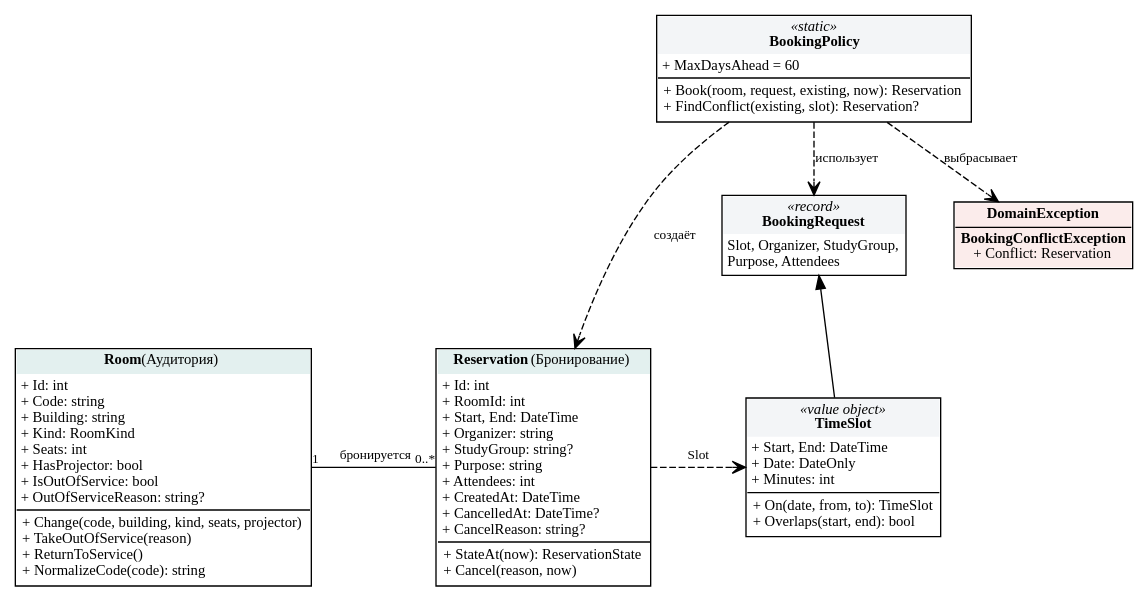
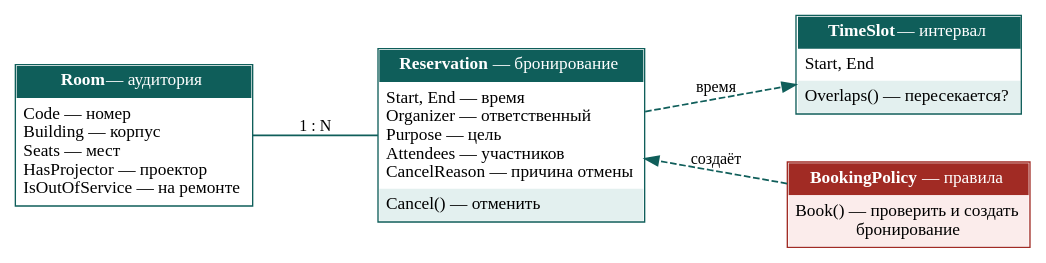
One commit to Black287234/KP-shahin changed the diagram in docs/report/diagrams/classes.dot. Above: the diagram before and after it, drawn with Graphviz. The commit also changed 11 other files, not shown here.

First line of the commit message:
Упрощены схемы, легенда к выделенному правилу, последний слайд — только «Спасибо за внимание»

```diff
--- a/docs/report/diagrams/classes.dot
+++ b/docs/report/diagrams/classes.dot
@@ -1,53 +1,23 @@
 digraph G {
-  graph [rankdir=TB, fontname="Liberation Serif", nodesep=0.5, ranksep=0.6, bgcolor=white];
-  node [shape=plain, fontname="Liberation Serif", fontsize=11];
-  edge [fontname="Liberation Serif", fontsize=10];
-
-  Room [label=<
-  <table border="1" cellborder="0" cellspacing="0" cellpadding="3">
-   <tr><td bgcolor="#e3f0ef"><b>Room</b> (Аудитория)</td></tr>
-   <tr><td align="left" balign="left">+ Id: int<br/>+ Code: string<br/>+ Building: string<br/>+ Kind: RoomKind<br/>+ Seats: int<br/>+ HasProjector: bool<br/>+ IsOutOfService: bool<br/>+ OutOfServiceReason: string?</td></tr>
-   <tr><td align="left" balign="left" border="1" sides="t">+ Change(code, building, kind, seats, projector)<br/>+ TakeOutOfService(reason)<br/>+ ReturnToService()<br/>+ NormalizeCode(code): string</td></tr>
-  </table>>];
-
-  Reservation [label=<
-  <table border="1" cellborder="0" cellspacing="0" cellpadding="3">
-   <tr><td bgcolor="#e3f0ef"><b>Reservation</b> (Бронирование)</td></tr>
-   <tr><td align="left" balign="left">+ Id: int<br/>+ RoomId: int<br/>+ Start, End: DateTime<br/>+ Organizer: string<br/>+ StudyGroup: string?<br/>+ Purpose: string<br/>+ Attendees: int<br/>+ CreatedAt: DateTime<br/>+ CancelledAt: DateTime?<br/>+ CancelReason: string?</td></tr>
-   <tr><td align="left" balign="left" border="1" sides="t">+ StateAt(now): ReservationState<br/>+ Cancel(reason, now)</td></tr>
-  </table>>];
-
-  TimeSlot [label=<
-  <table border="1" cellborder="0" cellspacing="0" cellpadding="3">
-   <tr><td bgcolor="#f3f5f7"><i>«value object»</i><br/><b>TimeSlot</b></td></tr>
-   <tr><td align="left" balign="left">+ Start, End: DateTime<br/>+ Date: DateOnly<br/>+ Minutes: int</td></tr>
-   <tr><td align="left" balign="left" border="1" sides="t">+ On(date, from, to): TimeSlot<br/>+ Overlaps(start, end): bool</td></tr>
-  </table>>];
-
-  Policy [label=<
-  <table border="1" cellborder="0" cellspacing="0" cellpadding="3">
-   <tr><td bgcolor="#f3f5f7"><i>«static»</i><br/><b>BookingPolicy</b></td></tr>
-   <tr><td align="left" balign="left">+ MaxDaysAhead = 60</td></tr>
-   <tr><td align="left" balign="left" border="1" sides="t">+ Book(room, request, existing, now): Reservation<br/>+ FindConflict(existing, slot): Reservation?</td></tr>
-  </table>>];
-
-  Request [label=<
-  <table border="1" cellborder="0" cellspacing="0" cellpadding="3">
-   <tr><td bgcolor="#f3f5f7"><i>«record»</i><br/><b>BookingRequest</b></td></tr>
-   <tr><td align="left" balign="left">Slot, Organizer, StudyGroup,<br/>Purpose, Attendees</td></tr>
-  </table>>];
-
-  Exc [label=<
-  <table border="1" cellborder="0" cellspacing="0" cellpadding="3">
-   <tr><td bgcolor="#fbeceb"><b>DomainException</b></td></tr>
-   <tr><td bgcolor="#fbeceb" border="1" sides="t"><b>BookingConflictException</b><br/>+ Conflict: Reservation</td></tr>
-  </table>>];
-
-  Room -> Reservation [arrowhead=none, taillabel="1", headlabel="0..*", label="  бронируется"];
-  Reservation -> TimeSlot [style=dashed, arrowhead=vee, label=" Slot"];
-  Policy -> Reservation [style=dashed, arrowhead=vee, label=" создаёт"];
-  Policy -> Request [style=dashed, arrowhead=vee, label=" использует"];
-  Request -> TimeSlot [arrowhead=diamond, dir=back, label=" "];
-  Policy -> Exc [style=dashed, arrowhead=vee, label=" выбрасывает"];
-  {rank=same; Room; Reservation; TimeSlot}
+  graph [rankdir=LR, fontname="Liberation Serif", bgcolor=white, nodesep=0.5, ranksep=0.9];
+  node [shape=plain, fontname="Liberation Serif", fontsize=13];
+  edge [fontname="Liberation Serif", fontsize=12, color="#0f5e5a", penwidth=1.3];
+  Room [label=<<table border="1" cellborder="0" cellspacing="0" cellpadding="5" color="#0f5e5a">
+   <tr><td bgcolor="#0f5e5a"><font color="white"><b>Room</b> — аудитория</font></td></tr>
+   <tr><td align="left" balign="left">Code — номер<br/>Building — корпус<br/>Seats — мест<br/>HasProjector — проектор<br/>IsOutOfService — на ремонте</td></tr></table>>];
+  Res [label=<<table border="1" cellborder="0" cellspacing="0" cellpadding="5" color="#0f5e5a">
+   <tr><td bgcolor="#0f5e5a"><font color="white"><b>Reservation</b> — бронирование</font></td></tr>
+   <tr><td align="left" balign="left">Start, End — время<br/>Organizer — ответственный<br/>Purpose — цель<br/>Attendees — участников<br/>CancelReason — причина отмены</td></tr>
+   <tr><td align="left" bgcolor="#e3f0ef">Cancel() — отменить</td></tr></table>>];
+  Slot [label=<<table border="1" cellborder="0" cellspacing="0" cellpadding="5" color="#0f5e5a">
+   <tr><td bgcolor="#0f5e5a"><font color="white"><b>TimeSlot</b> — интервал</font></td></tr>
+   <tr><td align="left">Start, End</td></tr>
+   <tr><td align="left" bgcolor="#e3f0ef">Overlaps() — пересекается?</td></tr></table>>];
+  Pol [label=<<table border="1" cellborder="0" cellspacing="0" cellpadding="5" color="#a12b24">
+   <tr><td bgcolor="#a12b24"><font color="white"><b>BookingPolicy</b> — правила</font></td></tr>
+   <tr><td align="left" bgcolor="#fbeceb">Book() — проверить и создать<br/>бронирование</td></tr></table>>];
+  Room -> Res [label=" 1 : N", arrowhead=none];
+  Res -> Slot [label=" время", style=dashed];
+  Pol -> Res [label=" создаёт", style=dashed];
+  {rank=same; Pol; Slot}
 }
```
